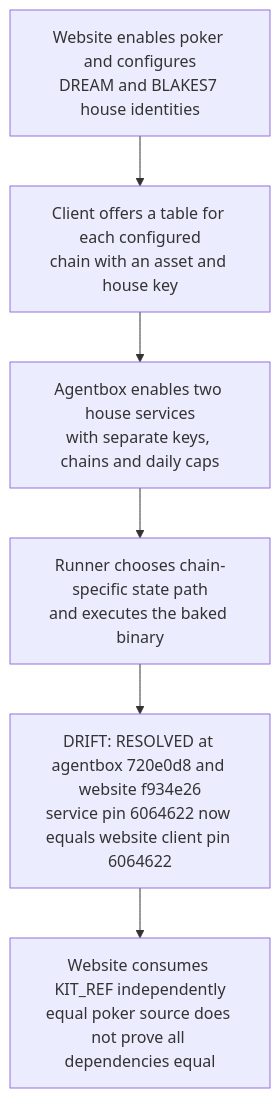
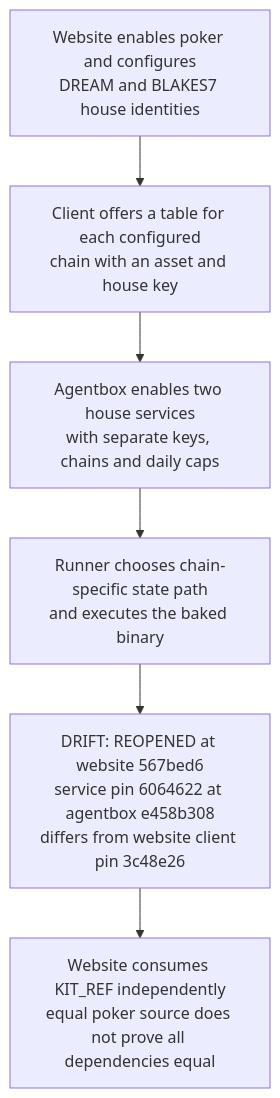
The first of 6 diagrams in docs/diagrams/dreamlab-ai-website/10-poker-tables-credit-and-recovery.md (DreamLab-AI/VisionFlow), drawn with Mermaid before and after one commit. The commit also changed other lines of this file and 6 other files, not shown here.

First line of the commit message:
docs(diagrams): re-verify dreamlab-ai-website DW-01..06, DW-10 against 567bed6

````diff
--- a/docs/diagrams/dreamlab-ai-website/10-poker-tables-credit-and-recovery.md
+++ b/docs/diagrams/dreamlab-ai-website/10-poker-tables-credit-and-recovery.md
@@ -42,20 +42,20 @@
 ```mermaid
 flowchart TB
     %% Source: ../dreamlab-ai-website/forum-config/dreamlab.toml:320
     A["Website enables poker and configures<br/>DREAM and BLAKES7 house identities"]
     %% Source: ../nostr-rust-forum/crates/nostr-bbs-forum-client/src/poker/mod.rs:265
     B["Client offers a table for each configured<br/>chain with an asset and house key"]
     %% Source: ../project/agentbox/agentbox.toml:2057-2078
     C["Agentbox enables two house services<br/>with separate keys, chains and daily caps"]
     %% Source: ../project/agentbox/config/poker/run-citizen.sh:23
     D["Runner chooses chain-specific state path<br/>and executes the baked binary"]
     %% Source: ../project/agentbox/lib/poker-citizen.nix:31
-    E["DRIFT: RESOLVED at agentbox 720e0d8 and website f934e26<br/>service pin 6064622 now equals website client pin 6064622"]
+    E["DRIFT: REOPENED at website 567bed6<br/>service pin 6064622 at agentbox e458b308<br/>differs from website client pin 3c48e26"]
     %% Source: ../dreamlab-ai-website/.github/workflows/deploy.yml:130
     F["Website consumes KIT_REF independently<br/>equal poker source does not prove all dependencies equal"]
     A --> B
     B --> C
     C --> D
     D --> E
     E --> F
 ```
````
